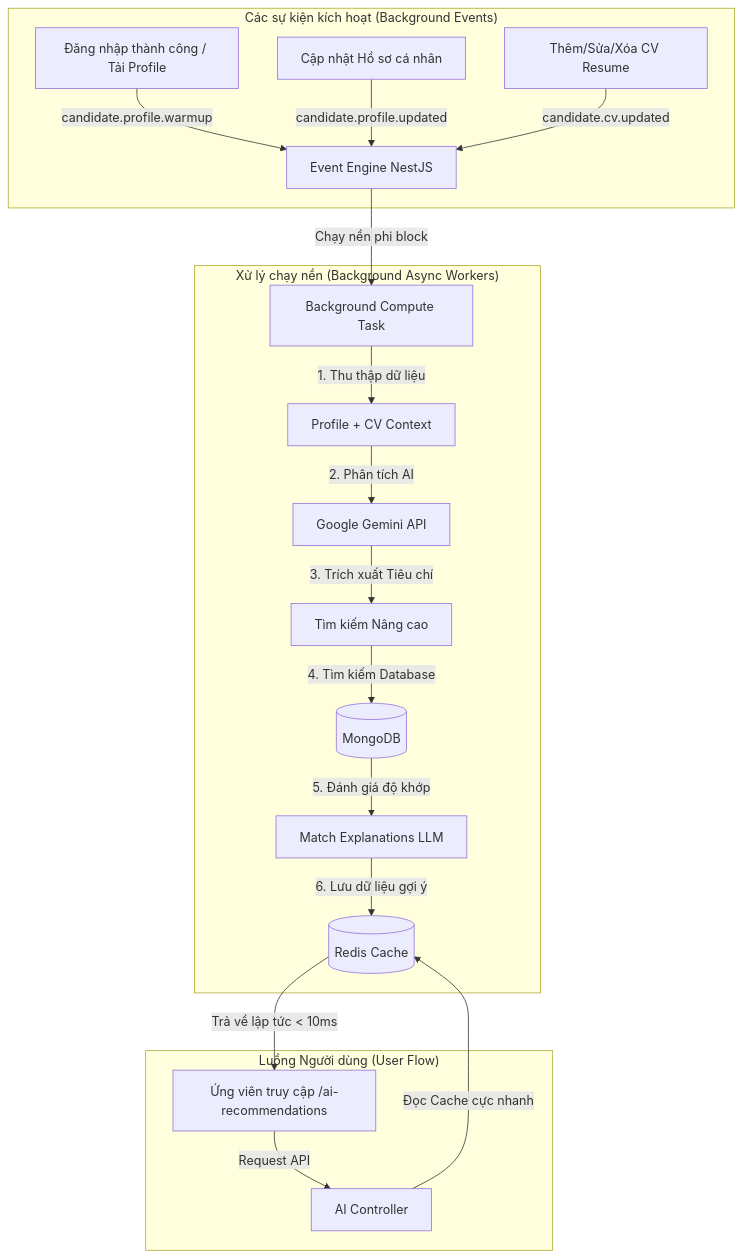
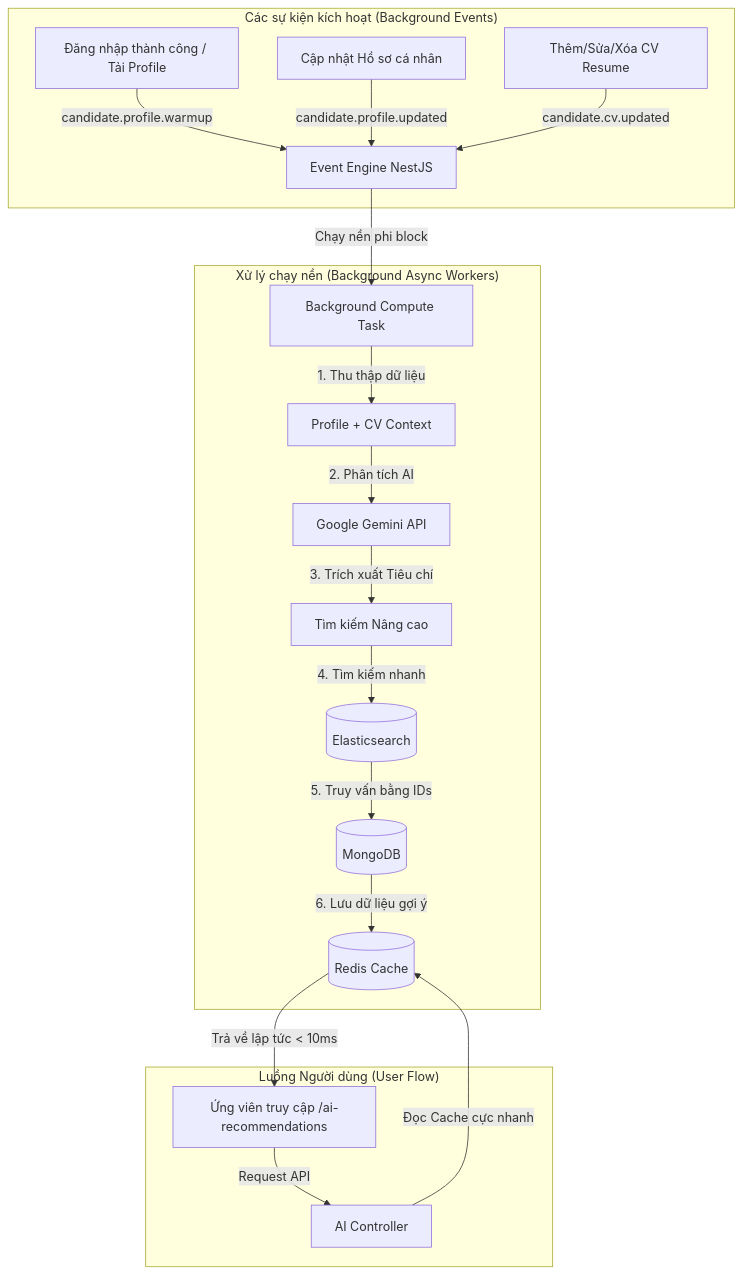
The first of 2 diagrams in server/AI_SUGGEST_JOB.md (minhhkhoa/Next-Nest), drawn with Mermaid before and after one commit. The commit also changed other lines of this file and 10 other files, not shown here.

````diff
--- a/server/AI_SUGGEST_JOB.md
+++ b/server/AI_SUGGEST_JOB.md
@@ -24,24 +24,24 @@
 ```mermaid
 graph TD
     subgraph Events["Các sự kiện kích hoạt (Background Events)"]
         Login["Đăng nhập thành công / Tải Profile"] -->|candidate.profile.warmup| EventEngine["Event Engine NestJS"]
         UpdateProfile["Cập nhật Hồ sơ cá nhân"] -->|candidate.profile.updated| EventEngine
         UpdateCV["Thêm/Sửa/Xóa CV Resume"] -->|candidate.cv.updated| EventEngine
     end
 
     subgraph Background["Xử lý chạy nền (Background Async Workers)"]
         EventEngine -->|Chạy nền phi block| Worker["Background Compute Task"]
         Worker -->|1. Thu thập dữ liệu| Context["Profile + CV Context"]
         Context -->|2. Phân tích AI| LLM["Google Gemini API"]
         LLM -->|3. Trích xuất Tiêu chí| Criteria["Tìm kiếm Nâng cao"]
-        Criteria -->|4. Tìm kiếm Database| DB[("MongoDB")]
-        DB -->|5. Đánh giá độ khớp| Explanation["Match Explanations LLM"]
-        Explanation -->|6. Lưu dữ liệu gợi ý| Redis[("Redis Cache")]
+        Criteria -->|4. Tìm kiếm nhanh| ES[("Elasticsearch")]
+        ES -->|5. Truy vấn bằng IDs| DB[("MongoDB")]
+        DB -->|6. Lưu dữ liệu gợi ý| Redis[("Redis Cache")]
     end
 
     subgraph UserFlow["Luồng Người dùng (User Flow)"]
         User["Ứng viên truy cập /ai-recommendations"] -->|Request API| Controller["AI Controller"]
         Controller -->|Đọc Cache cực nhanh| Redis
         Redis -->|Trả về lập tức < 10ms| User
     end
 ```
````
